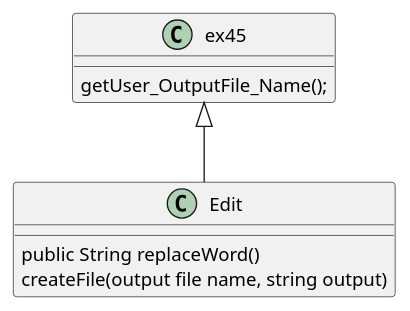
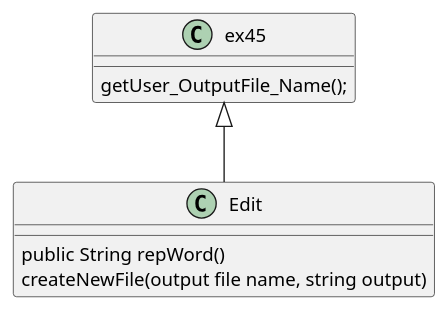
Before and after one commit to simonautran/autran-cop3330-assignment3: the diagram in src/main/java/ex45/ex45.puml, drawn with PlantUML.

```diff
--- a/src/main/java/ex45/ex45.puml
+++ b/src/main/java/ex45/ex45.puml
@@ -1,14 +1,14 @@
 @startuml
 'https://plantuml.com/class-diagram
 
 class ex45 
 {
     getUser_OutputFile_Name();
 }
 class Edit 
 {
-    public String replaceWord()
-    createFile(output file name, string output)
+    public String repWord()
+    createNewFile(output file name, string output)
 }
 ex45 <|-- Edit
 @enduml
```
